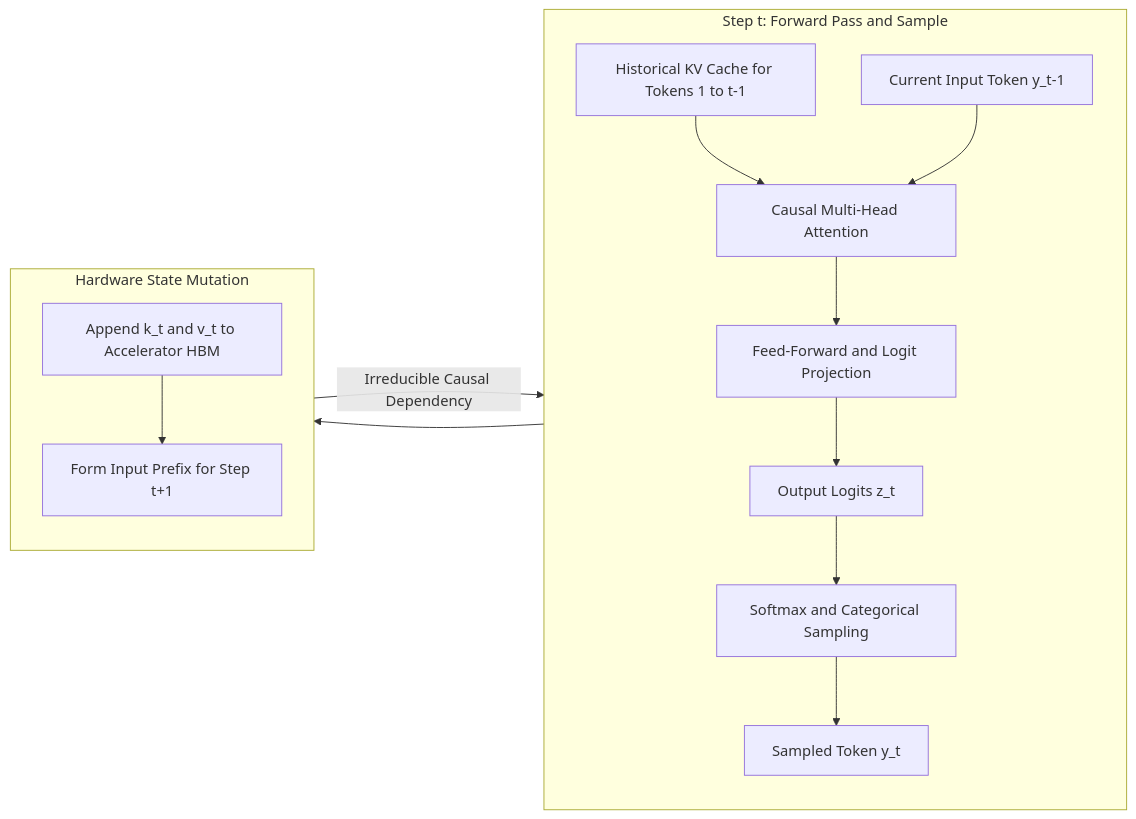
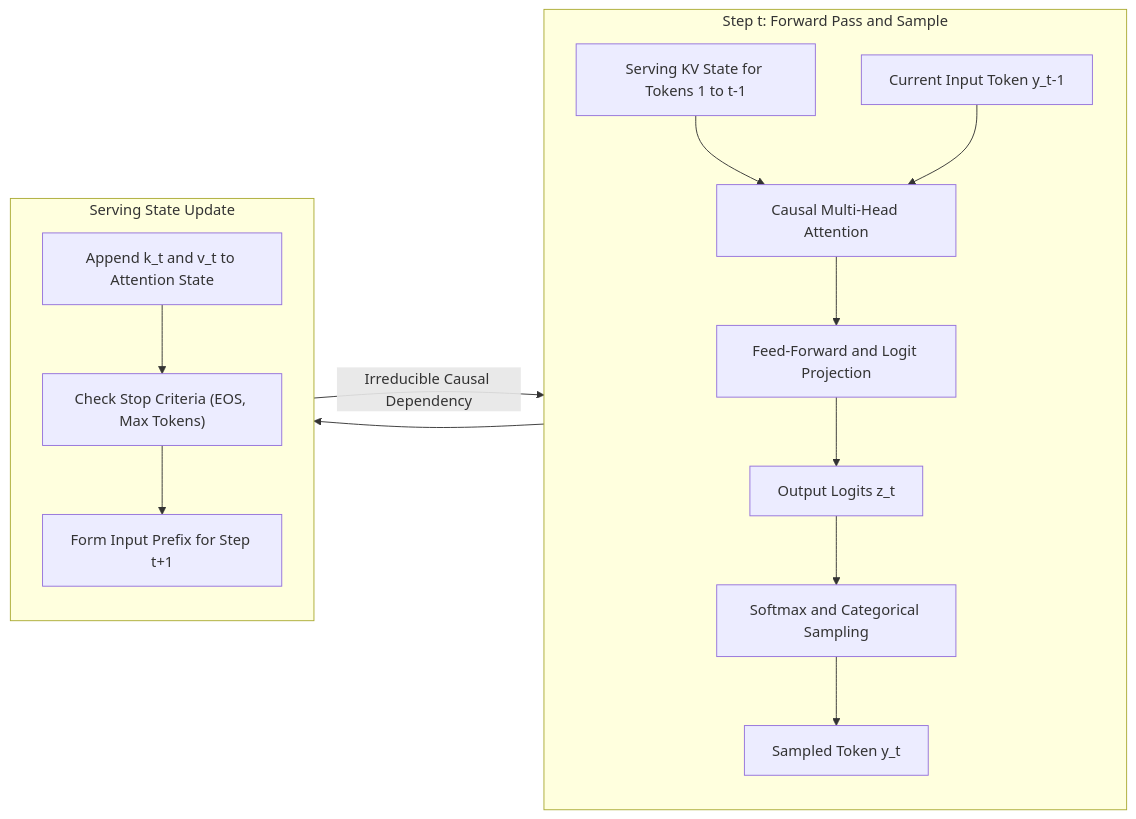
One commit to harvard-edge/cs249r_book changed the first of 2 diagrams in books/vol3/02_processor/02_processor.qmd. Above: the diagram before and after it, drawn with Mermaid. The commit also changed other lines of this file, not shown here.

````diff
--- a/books/vol3/02_processor/02_processor.qmd
+++ b/books/vol3/02_processor/02_processor.qmd
@@ -141,20 +165,21 @@
 ```mermaid
 flowchart LR
     subgraph StepT ["Step t: Forward Pass and Sample"]
         direction TB
-        KVCache["Historical KV Cache for Tokens 1 to t-1"] --> Attn["Causal Multi-Head Attention"]
+        KVCache["Serving KV State for Tokens 1 to t-1"] --> Attn["Causal Multi-Head Attention"]
         CurToken["Current Input Token y_t-1"] --> Attn
         Attn --> Proj["Feed-Forward and Logit Projection"]
         Proj --> Logits["Output Logits z_t"]
         Logits --> Sample["Softmax and Categorical Sampling"]
         Sample --> NewToken["Sampled Token y_t"]
     end
 
-    subgraph StateUpdate ["Hardware State Mutation"]
+    subgraph StateUpdate ["Serving State Update"]
         direction TB
-        NewToken --> AppendKV["Append k_t and v_t to Accelerator HBM"]
-        AppendKV --> SerialLoop["Form Input Prefix for Step t+1"]
+        NewToken --> AppendKV["Append k_t and v_t to Attention State"]
+        AppendKV --> CheckStop["Check Stop Criteria (EOS, Max Tokens)"]
+        CheckStop --> SerialLoop["Form Input Prefix for Step t+1"]
     end
 
     SerialLoop -->|"Irreducible Causal Dependency"| StepT
 ```
````
